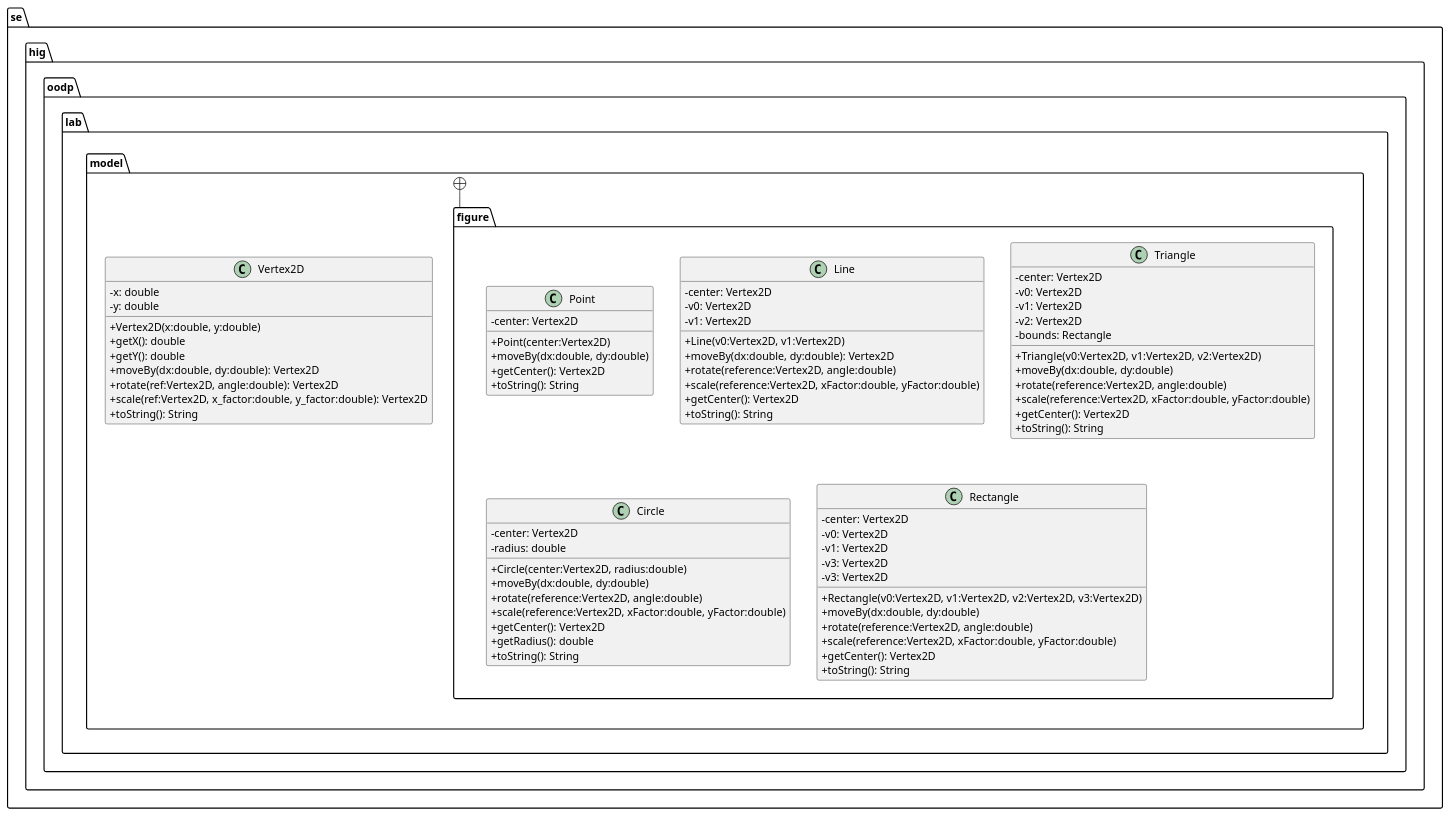
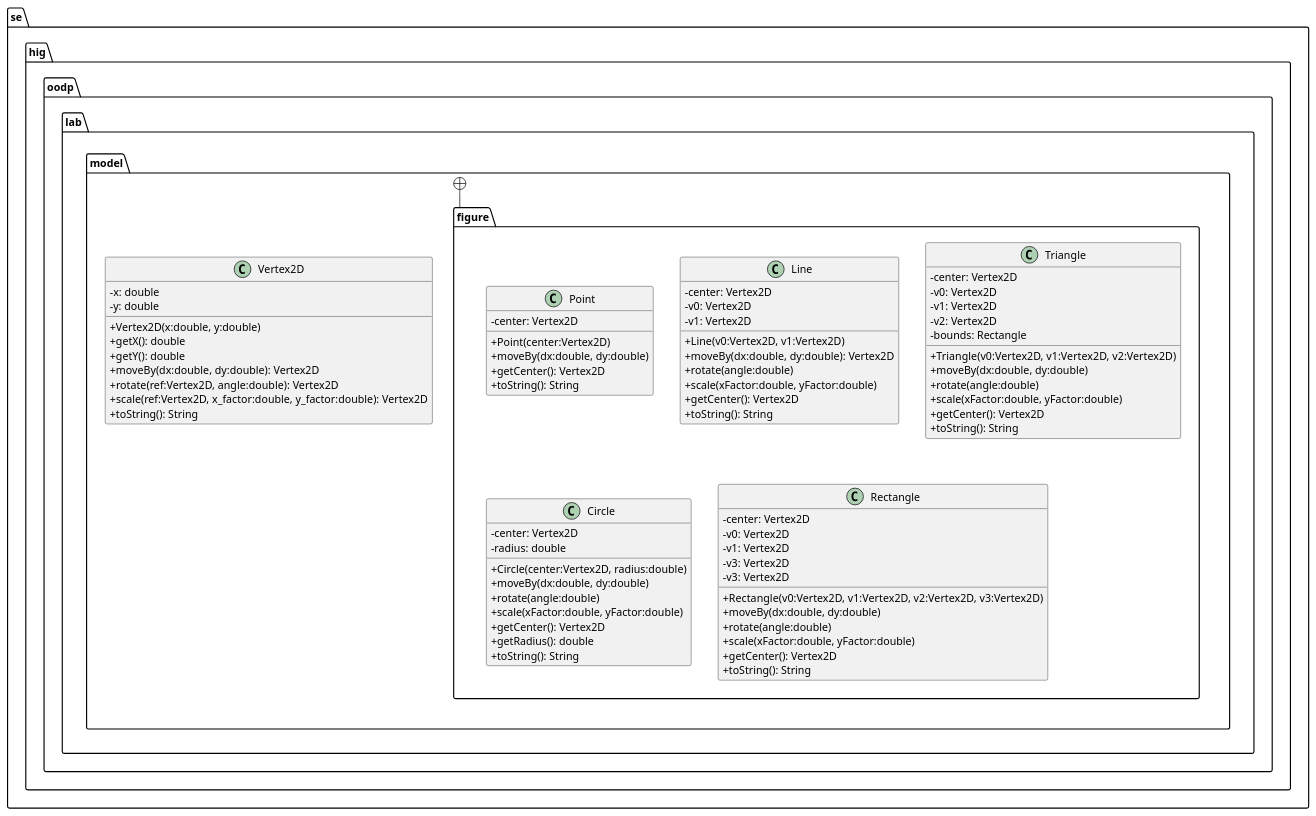
The diagram in diagram/uppgift1.puml (jonasjberg/DVG303_lab2), drawn with PlantUML before and after one commit. The commit also changed 5 other files, not shown here.

```diff
--- a/diagram/uppgift1.puml
+++ b/diagram/uppgift1.puml
@@ -1,105 +1,105 @@
 @startuml
 ' ____________________________________________________________________________
 ' ____ CONFIGURATION OPTIONS __________________________________________________
 
 skinparam packageStyle folder
 
 ' don't use characters to indicate visibility
 skinparam classAttributeIconsize 0
 
 
 ' ____________________________________________________________________________
 ' ____ CLASS DEFINITIONS ______________________________________________________
 package se.hig.oodp.lab.model {
     class Vertex2D {
         -x: double
         -y: double
         +Vertex2D(x:double, y:double)
         +getX(): double
         +getY(): double
         +moveBy(dx:double, dy:double): Vertex2D
         +rotate(ref:Vertex2D, angle:double): Vertex2D
         +scale(ref:Vertex2D, x_factor:double, y_factor:double): Vertex2D
         +toString(): String
     }
 }
 
 package se.hig.oodp.lab.model.figure {
     class Point {
         -center: Vertex2D
         +Point(center:Vertex2D)
         +moveBy(dx:double, dy:double)
         +getCenter(): Vertex2D
         +toString(): String
     }
 
     class Line {
         -center: Vertex2D
         -v0: Vertex2D
         -v1: Vertex2D
         +Line(v0:Vertex2D, v1:Vertex2D)
         +moveBy(dx:double, dy:double): Vertex2D
-        +rotate(reference:Vertex2D, angle:double)
-        +scale(reference:Vertex2D, xFactor:double, yFactor:double)
+        +rotate(angle:double)
+        +scale(xFactor:double, yFactor:double)
         +getCenter(): Vertex2D
         +toString(): String
     }
 
     class Triangle {
         -center: Vertex2D
         -v0: Vertex2D
         -v1: Vertex2D
         -v2: Vertex2D
         -bounds: Rectangle
 
         +Triangle(v0:Vertex2D, v1:Vertex2D, v2:Vertex2D)
         +moveBy(dx:double, dy:double)
-        +rotate(reference:Vertex2D, angle:double)
-        +scale(reference:Vertex2D, xFactor:double, yFactor:double)
+        +rotate(angle:double)
+        +scale(xFactor:double, yFactor:double)
         +getCenter(): Vertex2D
         +toString(): String
     }
 
     class Circle {
         -center: Vertex2D
         -radius: double
 
         +Circle(center:Vertex2D, radius:double)
         +moveBy(dx:double, dy:double)
-        +rotate(reference:Vertex2D, angle:double)
-        +scale(reference:Vertex2D, xFactor:double, yFactor:double)
+        +rotate(angle:double)
+        +scale(xFactor:double, yFactor:double)
         +getCenter(): Vertex2D
         +getRadius(): double
         +toString(): String
     }
 
     class Rectangle {
         -center: Vertex2D
         -v0: Vertex2D
         -v1: Vertex2D
         -v3: Vertex2D
         -v3: Vertex2D
 
         +Rectangle(v0:Vertex2D, v1:Vertex2D, v2:Vertex2D, v3:Vertex2D)
         +moveBy(dx:double, dy:double)
-        +rotate(reference:Vertex2D, angle:double)
-        +scale(reference:Vertex2D, xFactor:double, yFactor:double)
+        +rotate(angle:double)
+        +scale(xFactor:double, yFactor:double)
         +getCenter(): Vertex2D
         +toString(): String
     }
 }
 
 
 ' ____________________________________________________________________________
 ' ____ PACKAGE HIERARCHY _____________________________________________________
 se.hig.oodp.lab.model +-- se.hig.oodp.lab.model.figure
 
 
 ' ____________________________________________________________________________
 ' ____ RELATIONS BETWEEN CLASSES _____________________________________________
 
 
 
 
 
 @enduml
```
